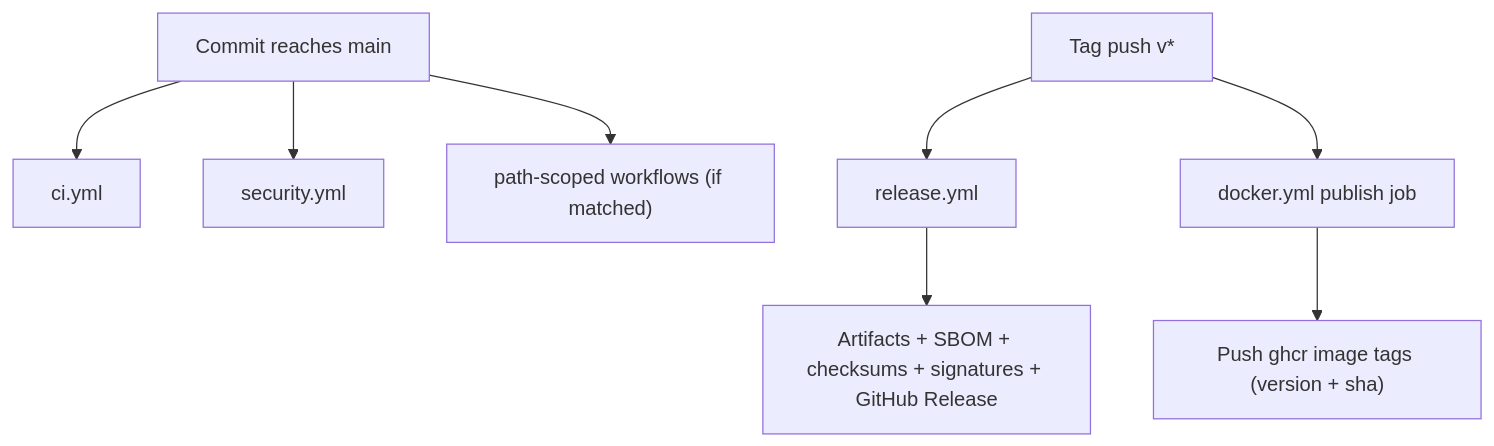
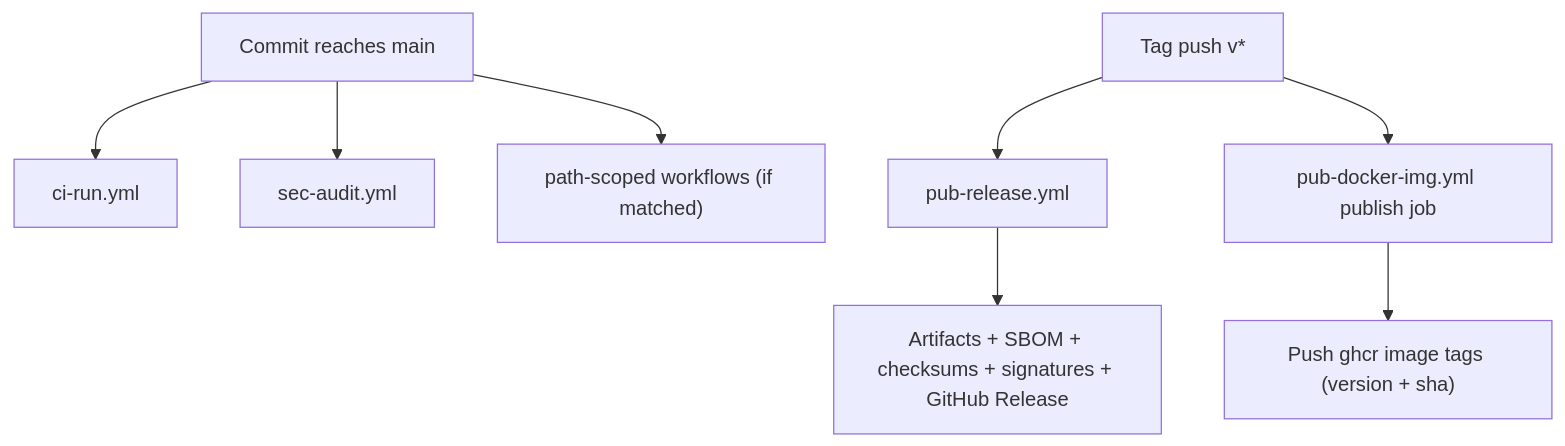
One commit to jameslcowan/zeroclaw changed the second of 2 diagrams in docs/main-branch-flow.md. Above: the diagram before and after it, drawn with Mermaid. The commit also changed other lines of this file and 9 other files, not shown here.

````diff
--- a/docs/main-branch-flow.md
+++ b/docs/main-branch-flow.md
@@ -195,10 +195,10 @@
 ```mermaid
 flowchart TD
-  A["Commit reaches main"] --> B["ci.yml"]
-  A --> C["security.yml"]
+  A["Commit reaches main"] --> B["ci-run.yml"]
+  A --> C["sec-audit.yml"]
   A --> D["path-scoped workflows (if matched)"]
-  T["Tag push v*"] --> R["release.yml"]
-  T --> P["docker.yml publish job"]
+  T["Tag push v*"] --> R["pub-release.yml"]
+  T --> P["pub-docker-img.yml publish job"]
   R --> R1["Artifacts + SBOM + checksums + signatures + GitHub Release"]
   P --> P1["Push ghcr image tags (version + sha)"]
 ```
````
